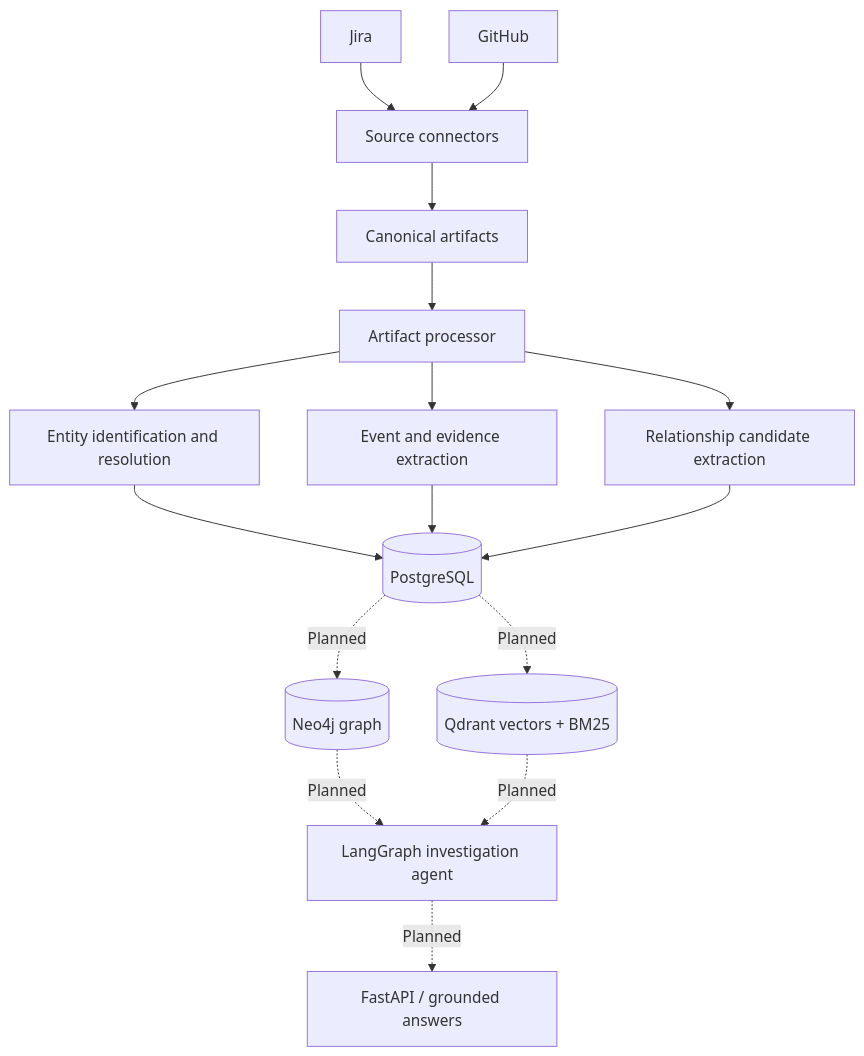
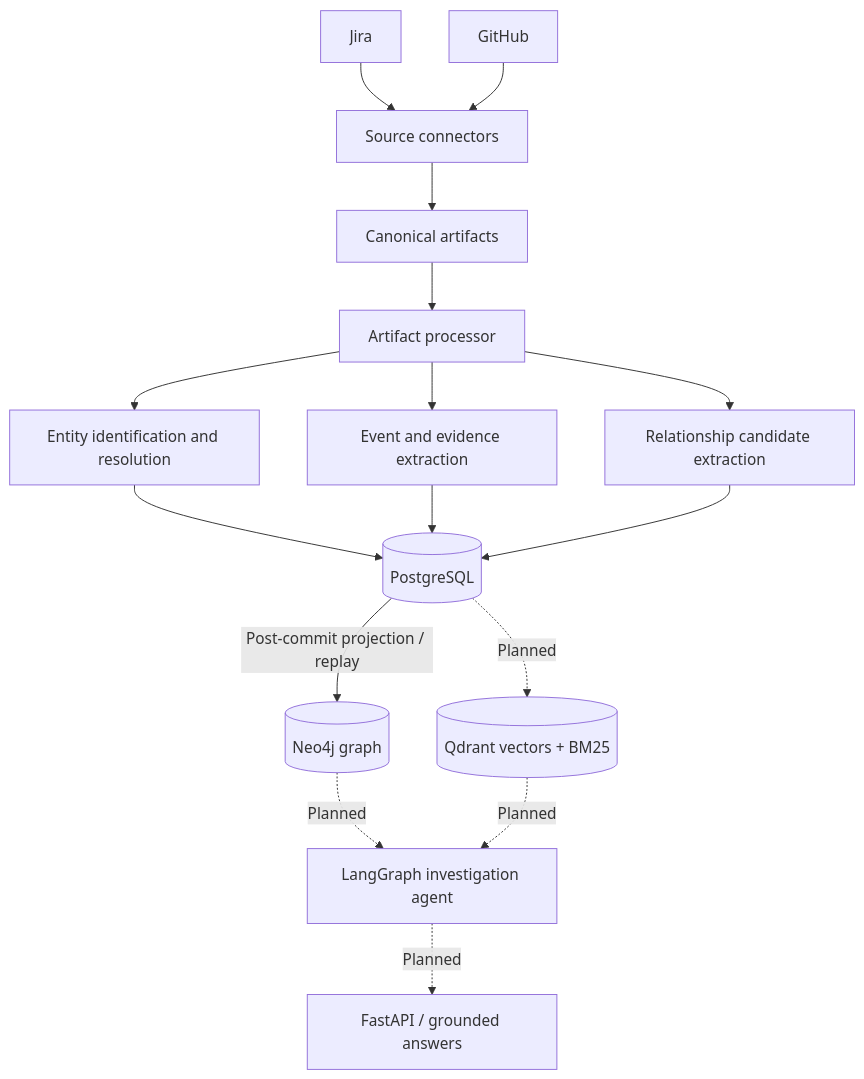
The diagram in README.md (saagi/Enterprise-Evidencegraph-Agent), drawn with Mermaid before and after one commit. The commit also changed other lines of this file and 19 other files, not shown here.

````diff
--- a/README.md
+++ b/README.md
@@ -27,18 +27,18 @@
 ```mermaid
 flowchart TD
     J[Jira] --> C[Source connectors]
     G[GitHub] --> C
     C --> A[Canonical artifacts]
     A --> P[Artifact processor]
     P --> ER[Entity identification and resolution]
     P --> EV[Event and evidence extraction]
     P --> RR[Relationship candidate extraction]
     ER --> DB[(PostgreSQL)]
     EV --> DB
     RR --> DB
-    DB -. Planned .-> NG[(Neo4j graph)]
+    DB -->|Post-commit projection / replay| NG[(Neo4j graph)]
     DB -. Planned .-> VX[(Qdrant vectors + BM25)]
     NG -. Planned .-> AG[LangGraph investigation agent]
     VX -. Planned .-> AG
     AG -. Planned .-> API[FastAPI / grounded answers]
 ```
````
